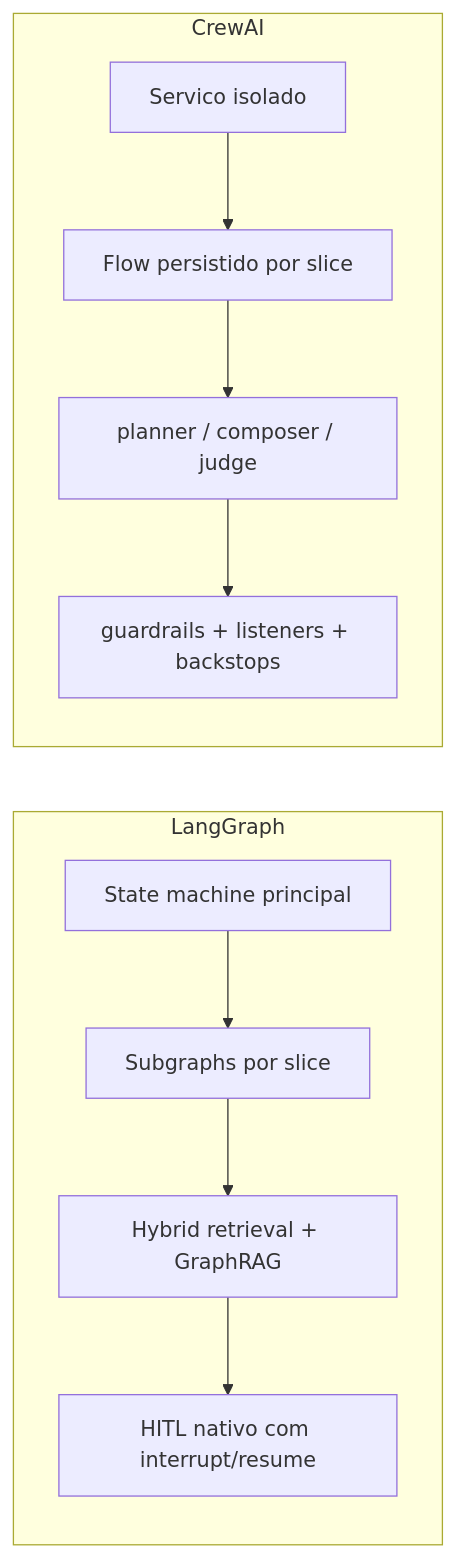
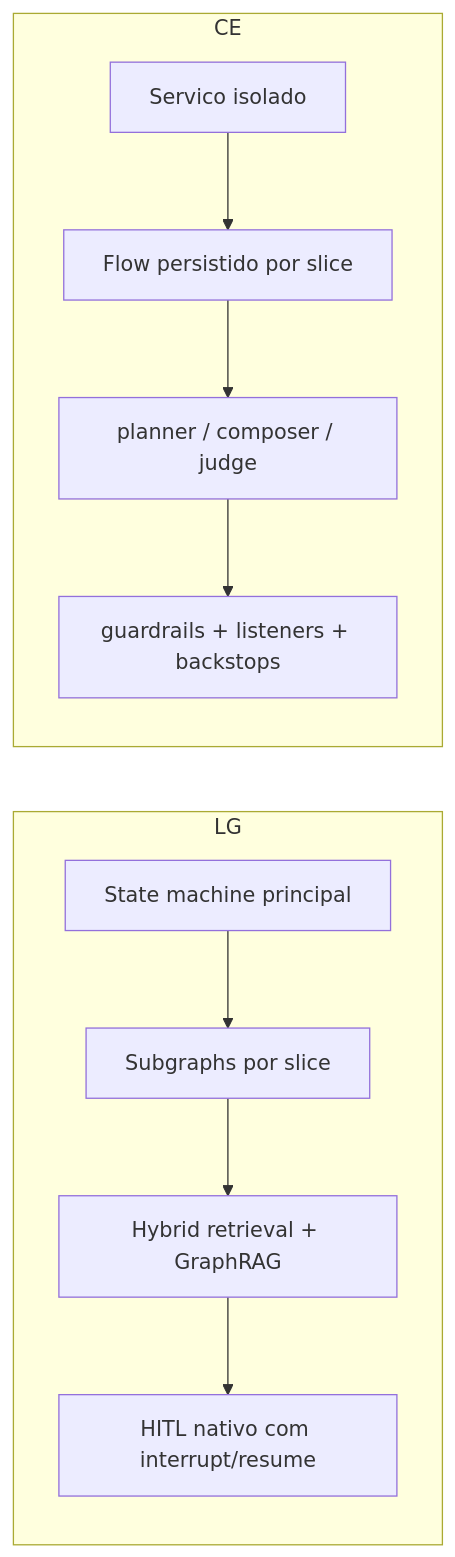
Diagram 15 of 15 in docs/architecture/dual-stack-runtime-visual-guide.md (EliseuODaniel/eduassist-platform), drawn with Mermaid before and after one commit. The commit also changed other lines of this file, not shown here.

Commit message:
Simplify Mermaid syntax in dual stack visual guide

````diff
--- a/docs/architecture/dual-stack-runtime-visual-guide.md
+++ b/docs/architecture/dual-stack-runtime-visual-guide.md
@@ -378,19 +378,19 @@
 ```mermaid
-flowchart LR
-    subgraph LG["LangGraph"]
+graph LR
+    subgraph LG
         LG1["State machine principal"]
         LG2["Subgraphs por slice"]
         LG3["Hybrid retrieval + GraphRAG"]
         LG4["HITL nativo com interrupt/resume"]
     end
 
-    subgraph CE["CrewAI"]
+    subgraph CE
         CE1["Servico isolado"]
         CE2["Flow persistido por slice"]
         CE3["planner / composer / judge"]
         CE4["guardrails + listeners + backstops"]
     end
 
     LG1 --> LG2 --> LG3 --> LG4
     CE1 --> CE2 --> CE3 --> CE4
 ```
````
